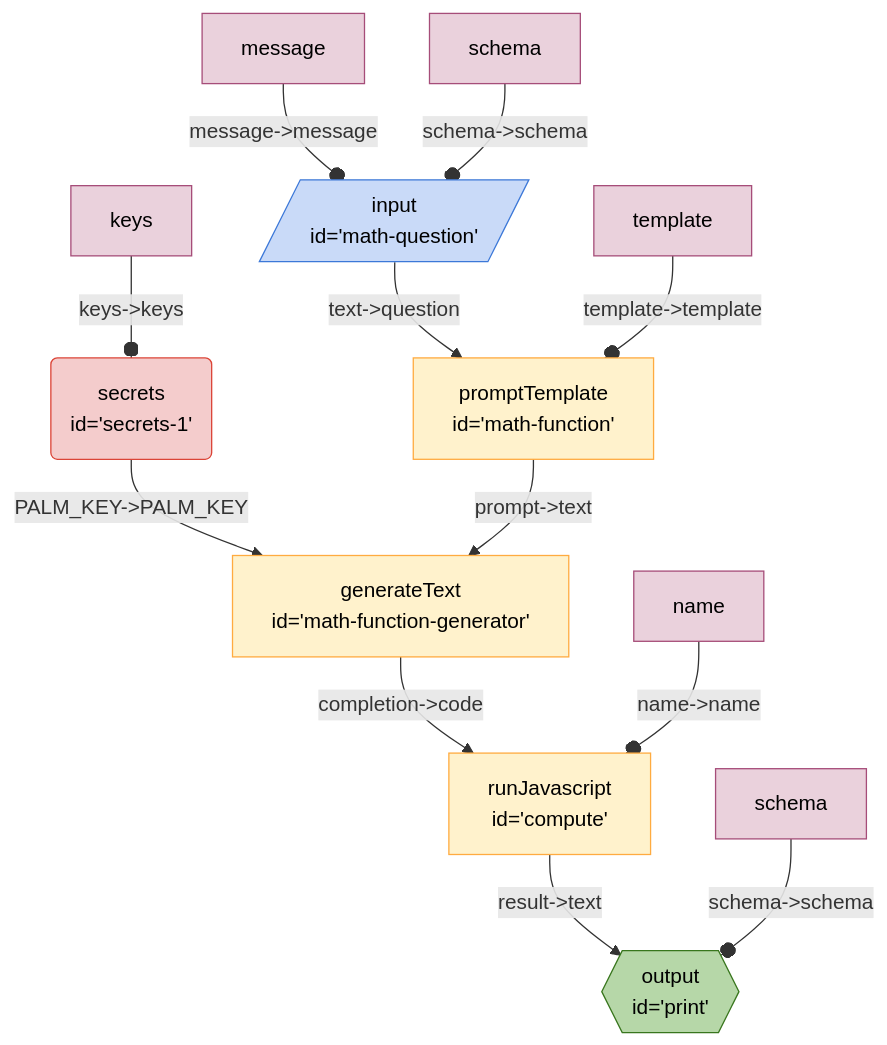
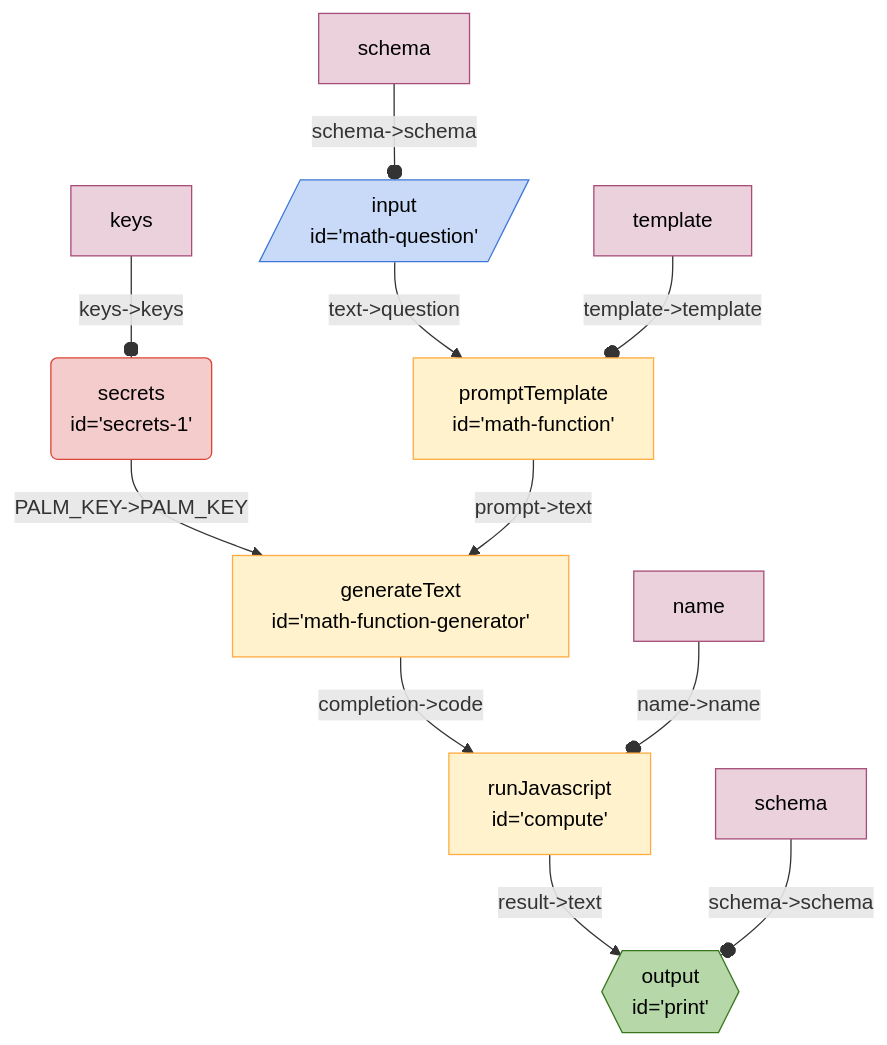
One commit to breadboard-ai/breadboard changed the diagram in seeds/graph-playground/docs/graphs/math.md. Above: the diagram before and after it, drawn with Mermaid. The commit also changed 25 other files, not shown here.

Commit message:
[graph-playground] Update graphs to remove "message".

````diff
--- a/seeds/graph-playground/docs/graphs/math.md
+++ b/seeds/graph-playground/docs/graphs/math.md
@@ -5,23 +5,22 @@
   ```mermaid
   %%{init: 'themeVariables': { 'fontFamily': 'Fira Code, monospace' }}%%
 graph TD;
 compute["runJavascript <br> id='compute'"] -- "result->text" --> print{{"output <br> id='print'"}}:::output
 mathfunctiongenerator["generateText <br> id='math-function-generator'"] -- "completion->code" --> compute["runJavascript <br> id='compute'"]
 secrets1("secrets <br> id='secrets-1'"):::secrets -- "PALM_KEY->PALM_KEY" --> mathfunctiongenerator["generateText <br> id='math-function-generator'"]
 mathfunction["promptTemplate <br> id='math-function'"] -- "prompt->text" --> mathfunctiongenerator["generateText <br> id='math-function-generator'"]
 mathquestion[/"input <br> id='math-question'"/]:::input -- "text->question" --> mathfunction["promptTemplate <br> id='math-function'"]
-messagemathquestion[message]:::config -- "message->message" --o mathquestion
 schemamathquestion[schema]:::config -- "schema->schema" --o mathquestion
 templatemathfunction[template]:::config -- "template->template" --o mathfunction
 namecompute[name]:::config -- "name->name" --o compute
 schemaprint[schema]:::config -- "schema->schema" --o print
 keyssecrets1[keys]:::config -- "keys->keys" --o secrets1
 classDef default stroke:#ffab40,fill:#fff2ccff,color:#000
 classDef input stroke:#3c78d8,fill:#c9daf8ff,color:#000
 classDef output stroke:#38761d,fill:#b6d7a8ff,color:#000
 classDef passthrough stroke:#a64d79,fill:#ead1dcff,color:#000
 classDef slot stroke:#a64d79,fill:#ead1dcff,color:#000
 classDef config stroke:#a64d79,fill:#ead1dcff,color:#000
 classDef secrets stroke:#db4437,fill:#f4cccc,color:#000
 classDef slotted stroke:#a64d79
   ```
````
